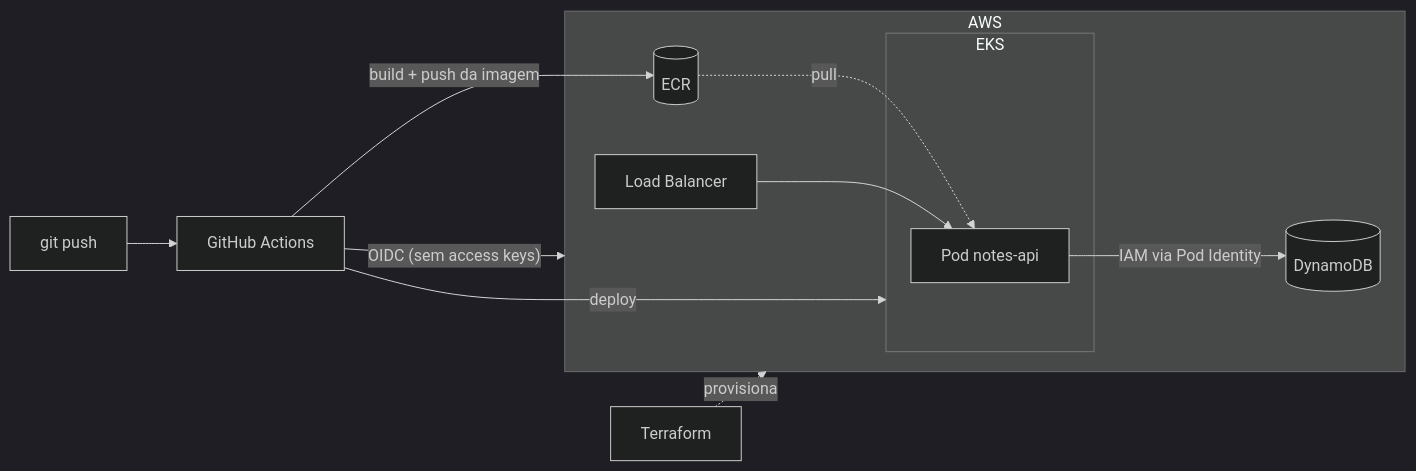
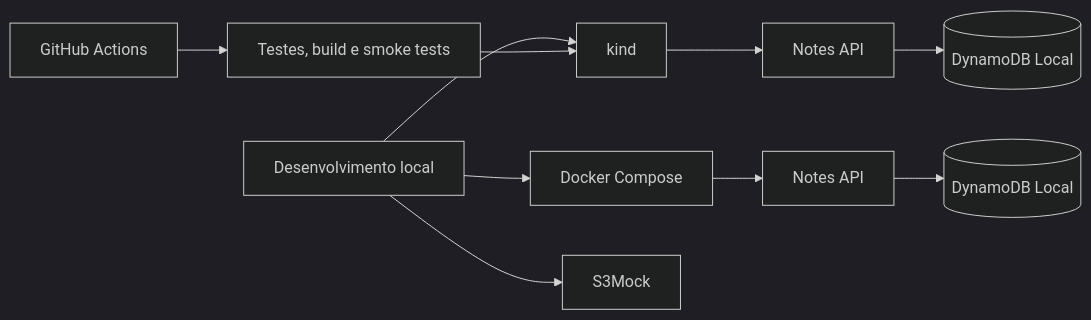
One commit to mrlsouz/spring-aws-k8s-lab changed the diagram in README.md. Above: the diagram before and after it, drawn with Mermaid (dark theme). The commit also changed other lines of this file and 4 other files, not shown here.

````diff
--- a/README.md
+++ b/README.md
@@ -17,19 +14,12 @@
 ```mermaid
 flowchart LR
-    dev[git push] --> gha[GitHub Actions]
-    gha -- "OIDC (sem access keys)" --> aws
-    subgraph aws[AWS]
-        ecr[(ECR)]
-        subgraph eks[EKS]
-            pod[Pod notes-api]
-        end
-        ddb[(DynamoDB)]
-        lb[Load Balancer]
-    end
-    gha -- build + push da imagem --> ecr
-    gha -- deploy --> eks
-    ecr -. pull .-> pod
-    lb --> pod
-    pod -- "IAM via Pod Identity" --> ddb
-    tf[Terraform] -. provisiona .-> aws
+    dev[Desenvolvimento local] --> compose[Docker Compose]
+    compose --> api[Notes API]
+    api --> ddb[(DynamoDB Local)]
+    dev --> kind[kind]
+    kind --> kapi[Notes API]
+    kapi --> kddb[(DynamoDB Local)]
+    dev --> s3[S3Mock]
+    gha[GitHub Actions] --> ci[Testes, build e smoke tests]
+    ci --> kind
 ```
````
